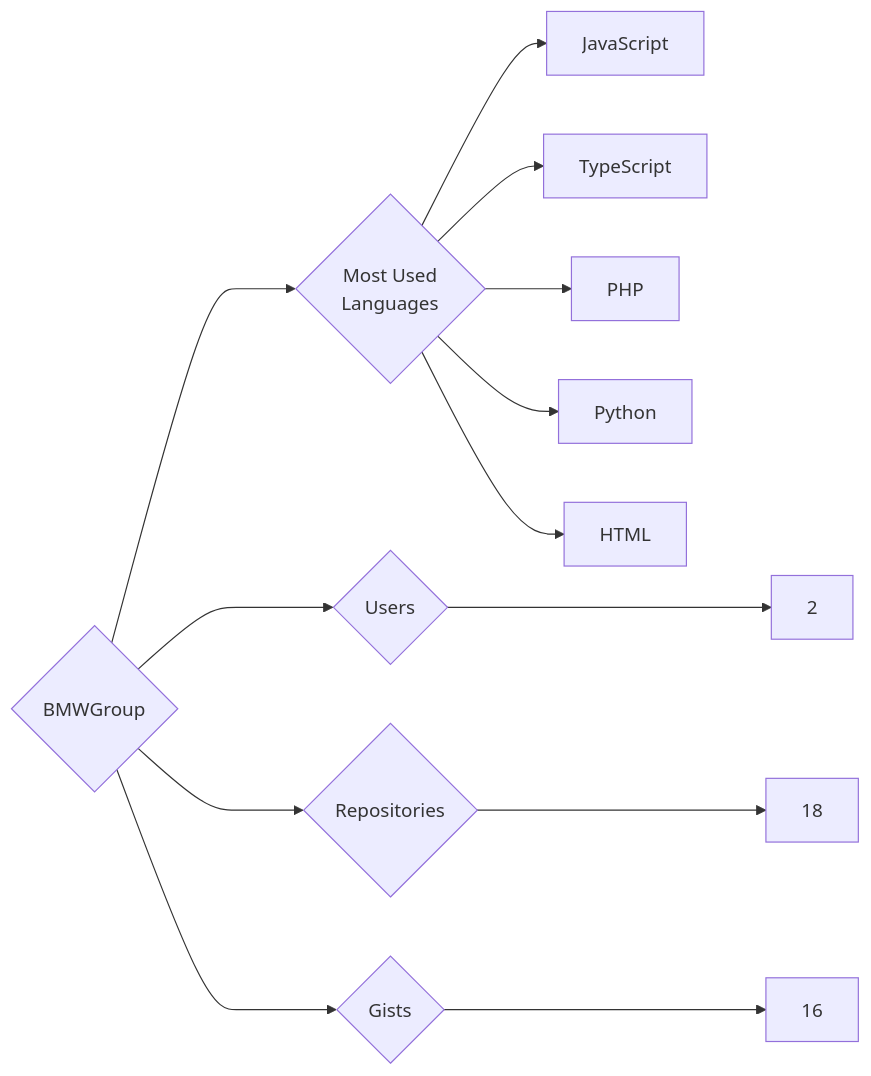
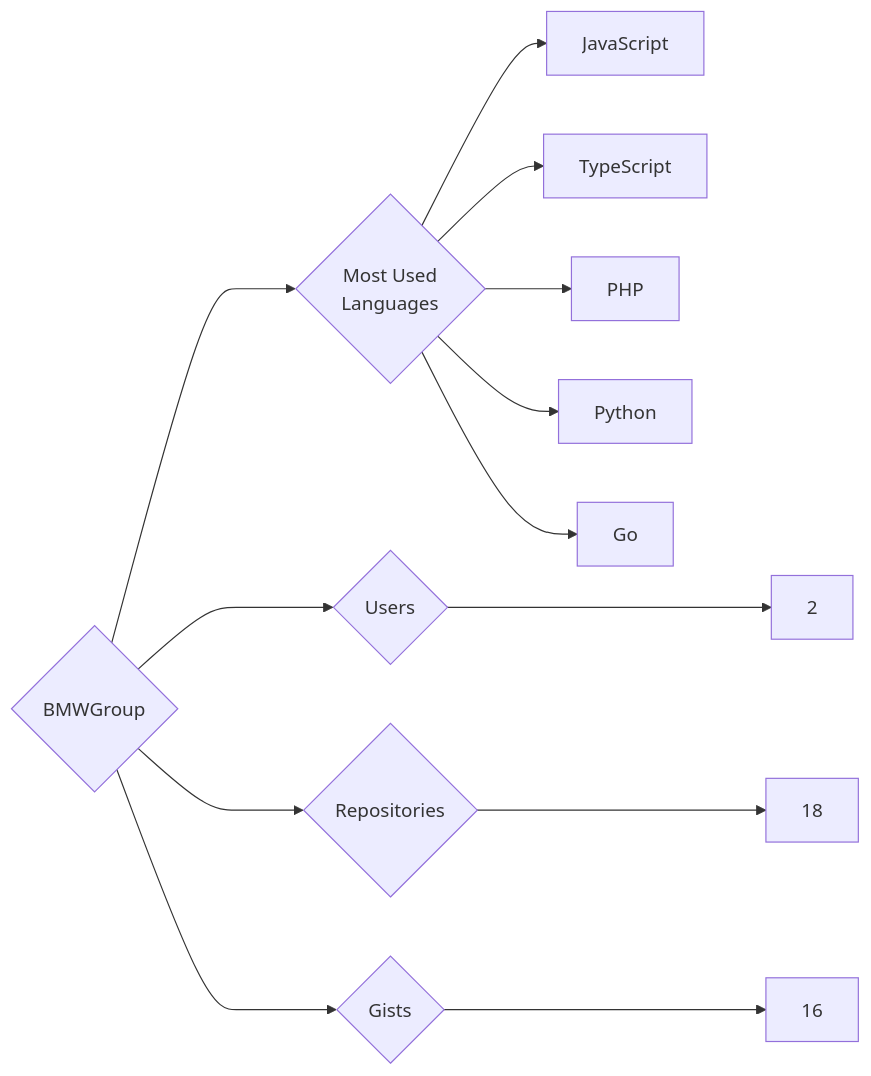
The diagram in targets/BMWGroup/README.md (trickest/insiders), drawn with Mermaid before and after one commit. The commit also changed 993 other files, not shown here.

````diff
--- a/targets/BMWGroup/README.md
+++ b/targets/BMWGroup/README.md
@@ -3,13 +3,13 @@
 ```mermaid
 graph LR
 COMPANY_NAME{BMWGroup}
 COMPANY_NAME ---> U{Users} ---> UN[2]
 COMPANY_NAME ---> R{Repositories} ---> RN[18]
 COMPANY_NAME ---> G{Gists} ---> GN[16]
 COMPANY_NAME ---> ML{Most Used<br>Languages}
 ML --> JavaScript[JavaScript]
 ML --> TypeScript[TypeScript]
 ML --> PHP[PHP]
 ML --> Python[Python]
-ML --> HTML[HTML]
+ML --> Go[Go]
 ```
````
